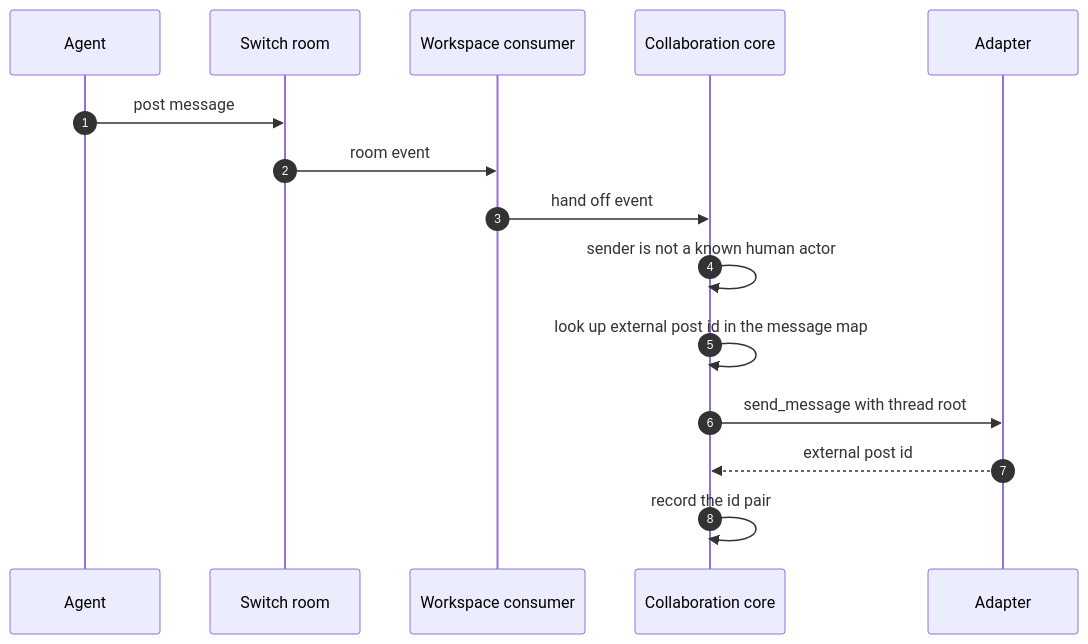
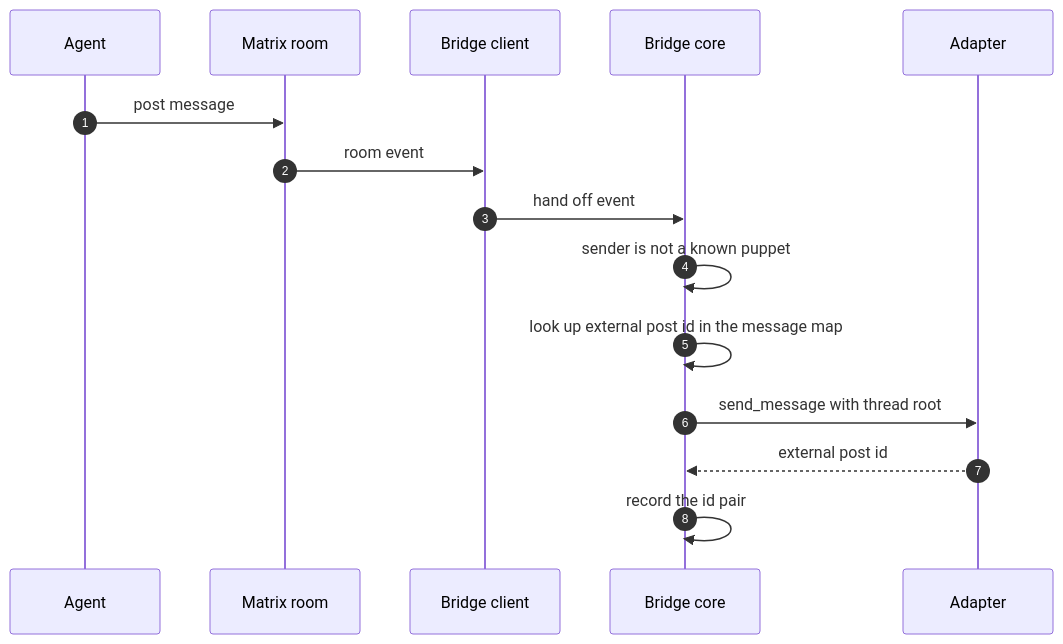
The second of 2 diagrams in docs/official/internals/collaboration-bridge.md (Chris-Willis/switch), drawn with Mermaid before and after one commit. The commit also changed other lines of this file and 9 other files, not shown here.

````diff
--- a/docs/official/internals/collaboration-bridge.md
+++ b/docs/official/internals/collaboration-bridge.md
@@ -193,18 +193,18 @@
 ```mermaid
 %%{init: {'themeVariables': {'fontSize': '13px'}}}%%
 sequenceDiagram
   autonumber
   participant G as Agent
-  participant R as Switch room
-  participant C as Workspace consumer
-  participant B as Collaboration core
+  participant M as Matrix room
+  participant C as Bridge client
+  participant B as Bridge core
   participant A as Adapter
-  G->>R: post message
-  R->>C: room event
+  G->>M: post message
+  M->>C: room event
   C->>B: hand off event
-  B->>B: sender is not a known human actor
+  B->>B: sender is not a known puppet
   B->>B: look up external post id in the message map
   B->>A: send_message with thread root
   A-->>B: external post id
   B->>B: record the id pair
 ```
````
